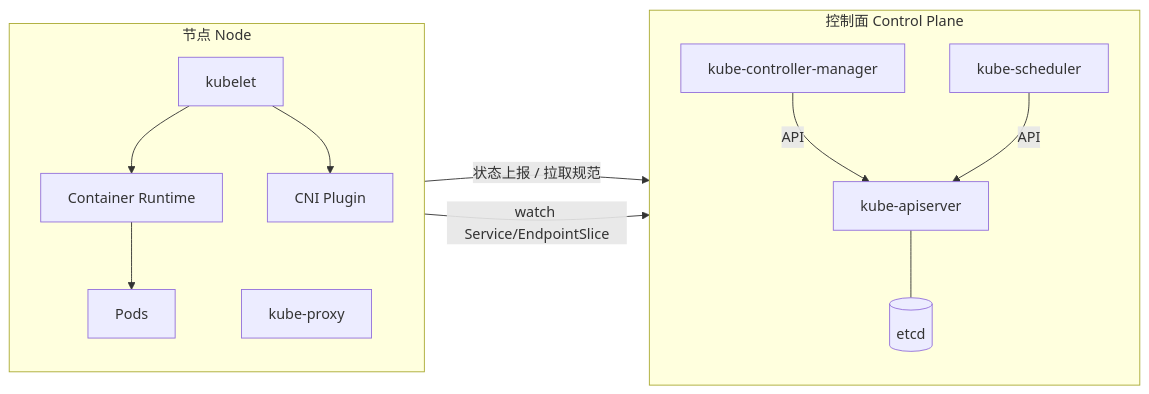
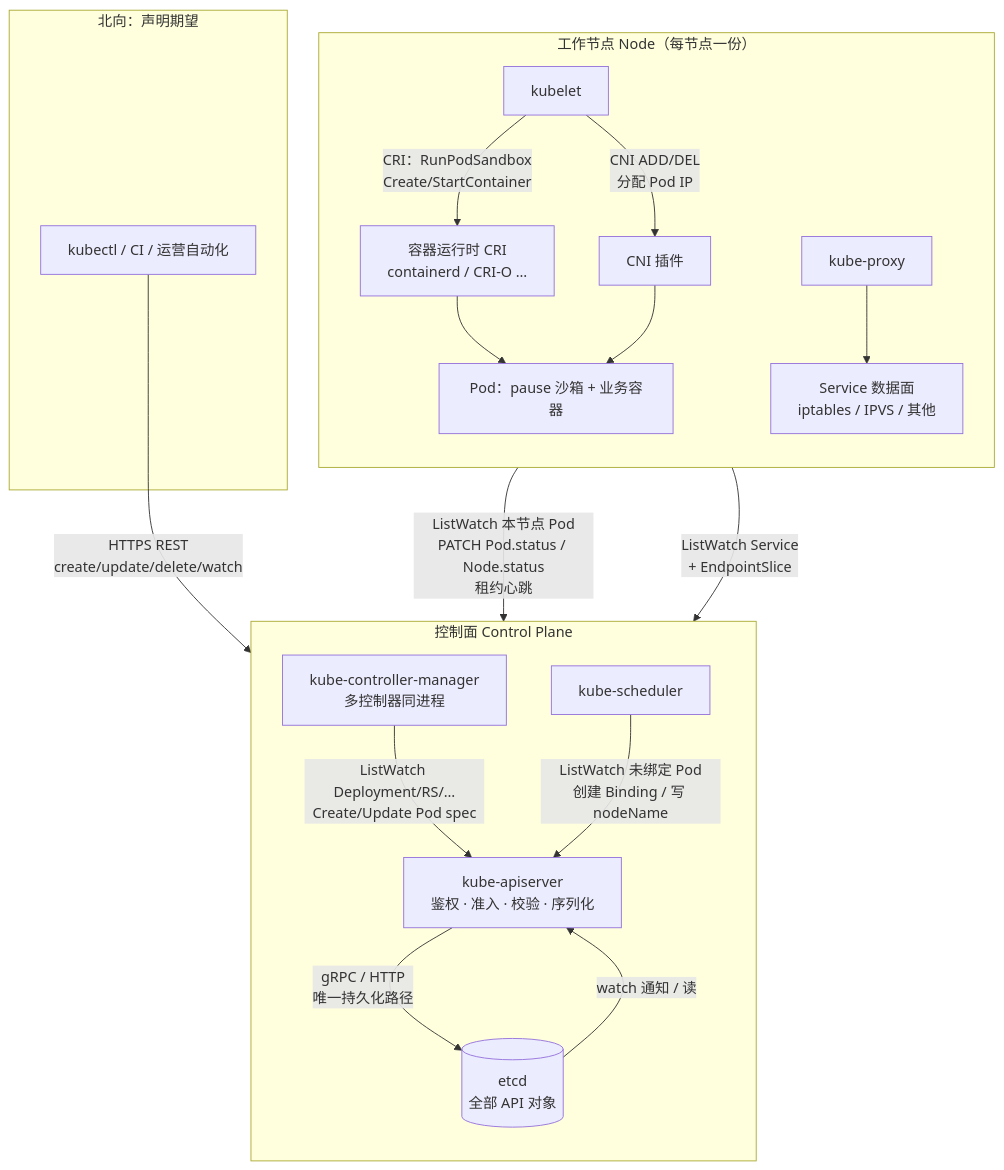
One commit to brinnatt/kubeauto changed the first of 3 diagrams in docs/whitepaper/02-k8s-architecture.md. Above: the diagram before and after it, drawn with Mermaid. The commit also changed other lines of this file, not shown here.

Commit message:
optimize docs

````diff
--- a/docs/whitepaper/02-k8s-architecture.md
+++ b/docs/whitepaper/02-k8s-architecture.md
@@ -39,26 +48,37 @@
 ```mermaid
-flowchart LR
+flowchart TB
+  subgraph north["北向：声明期望"]
+    CLI["kubectl / CI / 运营自动化"]
+  end
+
   subgraph cp["控制面 Control Plane"]
     direction TB
-    API[kube-apiserver]
-    ETCD[(etcd)]
-    CM[kube-controller-manager]
-    SCH[kube-scheduler]
-    CM -->|API| API
-    SCH -->|API| API
-    API --- ETCD
+    API["kube-apiserver<br/>鉴权 · 准入 · 校验 · 序列化"]
+    ETCD[("etcd<br/>全部 API 对象")]
+    CM["kube-controller-manager<br/>多控制器同进程"]
+    SCH["kube-scheduler"]
+    API -->|"gRPC / HTTP<br/>唯一持久化路径"| ETCD
+    ETCD -->|"watch 通知 / 读"| API
+    CM -->|"ListWatch Deployment/RS/…<br/>Create/Update Pod spec"| API
+    SCH -->|"ListWatch 未绑定 Pod<br/>创建 Binding / 写 nodeName"| API
   end
-  subgraph dp["节点 Node"]
+
+  subgraph node["工作节点 Node（每节点一份）"]
     direction TB
-    KL[kubelet]
-    KP[kube-proxy]
-    RT[Container Runtime]
-    CNI[CNI Plugin]
-    POD[Pods]
-    KL --> RT
-    KL --> CNI
+    KL["kubelet"]
+    KP["kube-proxy"]
+    RT["容器运行时 CRI<br/>containerd / CRI-O …"]
+    CNI["CNI 插件"]
+    POD["Pod：pause 沙箱 + 业务容器"]
+    RULES["Service 数据面<br/>iptables / IPVS / 其他"]
+    KL -->|"CRI：RunPodSandbox<br/>Create/StartContainer"| RT
+    KL -->|"CNI ADD/DEL<br/>分配 Pod IP"| CNI
     RT --> POD
+    CNI --> POD
+    KP --> RULES
   end
-  KL -->|状态上报 / 拉取规范| API
-  KP -->|watch Service/EndpointSlice| API
+
+  CLI -->|"HTTPS REST<br/>create/update/delete/watch"| API
+  KL -->|"ListWatch 本节点 Pod<br/>PATCH Pod.status / Node.status<br/>租约心跳"| API
+  KP -->|"ListWatch Service<br/>+ EndpointSlice"| API
 ```
````
